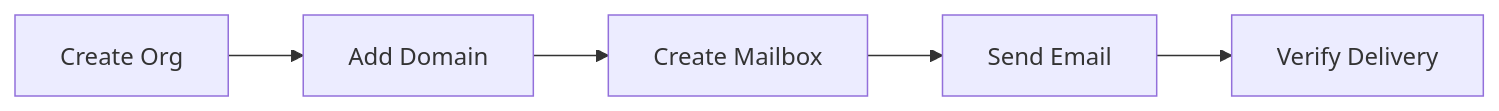
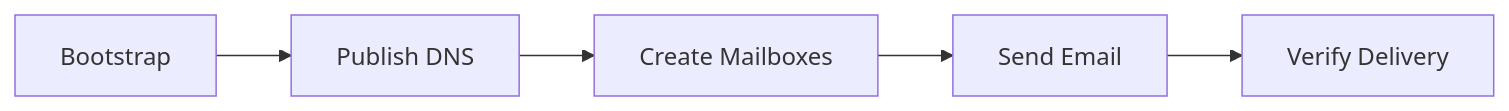
One commit to Techies-Africa/mailyte-mail-server-community changed the diagram in docs/getting-started/first-steps.md. Above: the diagram before and after it, drawn with Mermaid. The commit also changed other lines of this file and 481 other files, not shown here.

````diff
--- a/docs/getting-started/first-steps.md
+++ b/docs/getting-started/first-steps.md
@@ -182,7 +186,7 @@
 ```mermaid
 flowchart LR
-    A[Create Org] --> B[Add Domain]
-    B --> C[Create Mailbox]
+    A[Bootstrap] --> B[Publish DNS]
+    B --> C[Create Mailboxes]
     C --> D[Send Email]
     D --> E[Verify Delivery]
 ```
````
